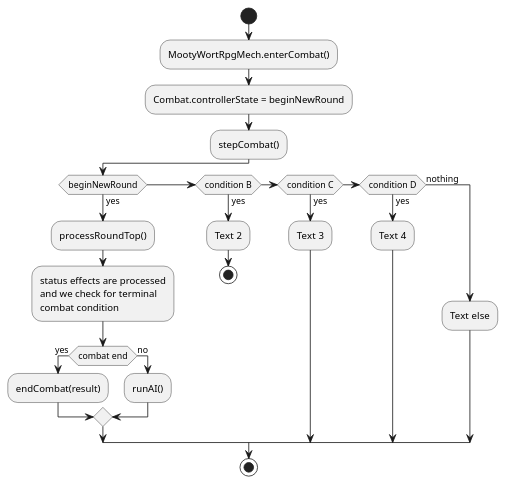
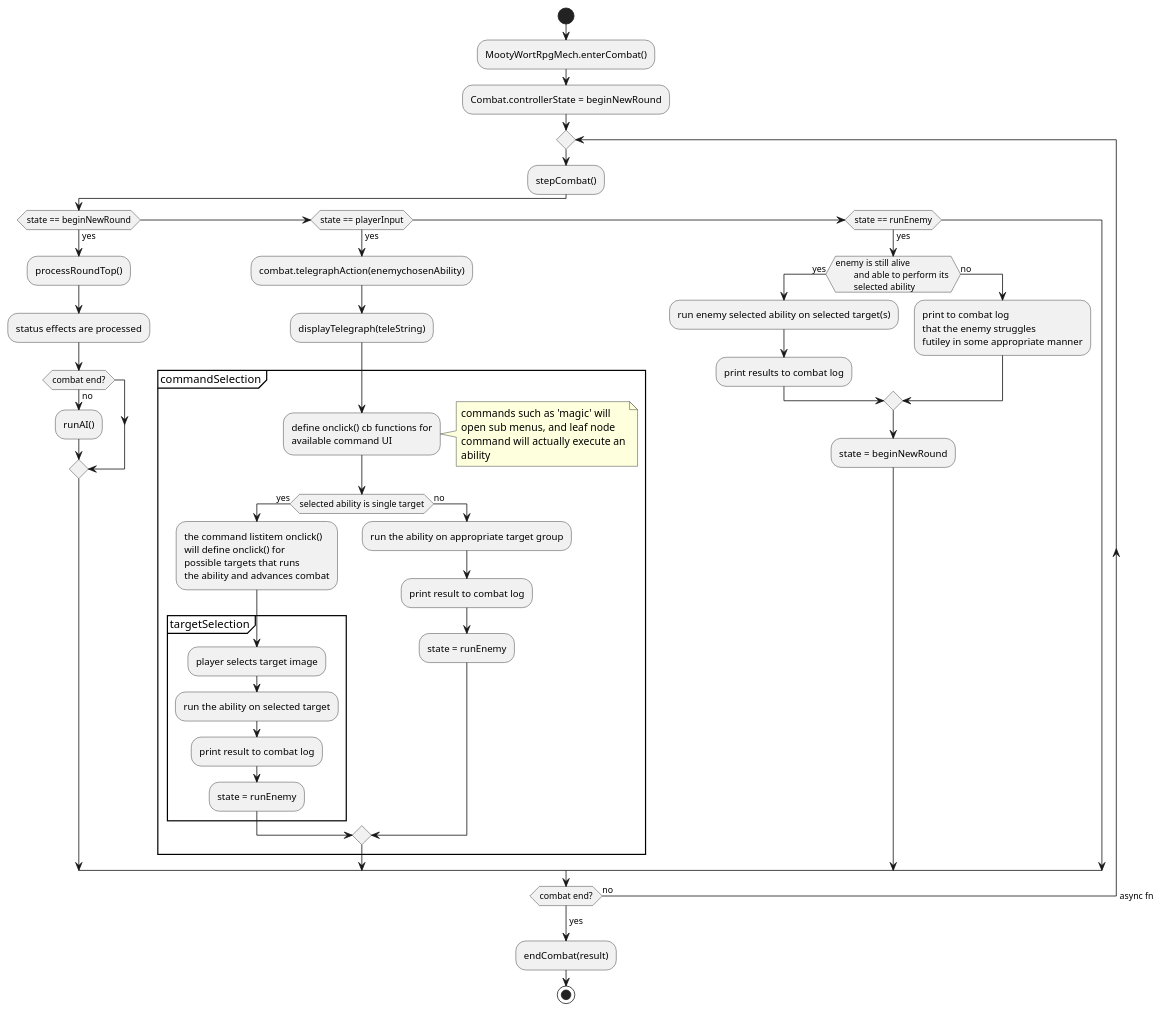
The diagram in MoleLauncher/docs/combat_flow.puml (mysterymagination/adventures-of-mooty-wort), drawn with PlantUML before and after one commit. The commit also changed 1 other file, not shown here.

Commit message:
finished combat flowchart

```diff
--- a/MoleLauncher/docs/combat_flow.puml
+++ b/MoleLauncher/docs/combat_flow.puml
@@ -40,27 +40,59 @@
 @startuml
 start
 :MootyWortRpgMech.enterCombat();
 :Combat.controllerState = beginNewRound;
+repeat
 :stepCombat();
-if (beginNewRound) then (yes)
+if (state == beginNewRound) then (yes)
   :processRoundTop();
-  :status effects are processed
-  and we check for terminal 
-  combat condition;
-  if (combat end) then (yes)
-  	:endCombat(result);
-  else (no)
+  :status effects are processed;
+  if (combat end?) then (no)
   	:runAI();
   endif
-elseif (condition B) then (yes)
-  :Text 2;
-  stop
-elseif (condition C) then (yes)
-  :Text 3;
-elseif (condition D) then (yes)
-  :Text 4;
-else (nothing)
-  :Text else;
+elseif (state == playerInput) then (yes)
+	:combat.telegraphAction(enemychosenAbility);
+	:displayTelegraph(teleString);
+	partition commandSelection {
+		:define onclick() cb functions for 
+		available command UI;
+		note right
+		commands such as 'magic' will 
+		open sub menus, and leaf node
+		command will actually execute an
+		ability
+		end note
+		if (selected ability is single target) then (yes)
+		:the command listitem onclick() 
+		will define onclick() for 
+		possible targets that runs 
+		the ability and advances combat;
+		partition targetSelection {
+			:player selects target image;
+			:run the ability on selected target;
+            :print result to combat log;
+            :state = runEnemy;
+		}
+		else (no)
+			:run the ability on appropriate target group;
+            :print result to combat log;
+            :state = runEnemy;
+		endif
+	}
+elseif (state == runEnemy) then (yes)
+	if (enemy is still alive 
+	and able to perform its 
+	selected ability) then (yes)
+		:run enemy selected ability on selected target(s);
+        :print results to combat log;
+    else (no)
+    	:print to combat log 
+    	that the enemy struggles 
+    	futiley in some appropriate manner;
+	endif
+	:state = beginNewRound;
 endif
+repeat while (combat end?) is (no) -> async fn
+	->yes;
+	:endCombat(result);
 stop
 @enduml
```
